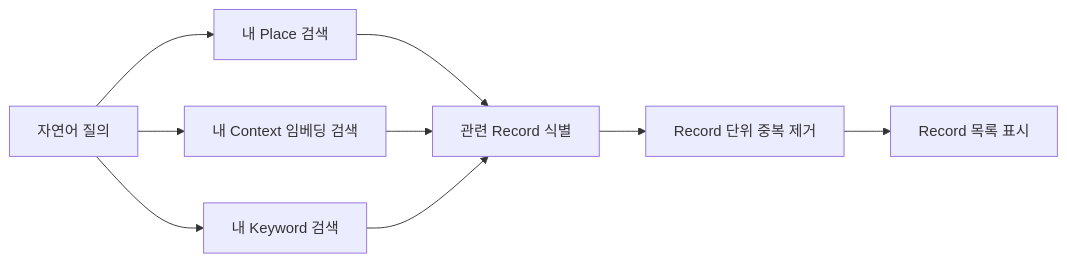
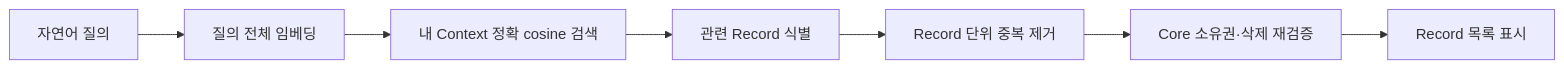
The third of 8 diagrams in static/09_유저플로우.md (Team-PinLog/docs), drawn with Mermaid before and after one commit. The commit also changed other lines of this file and 4 other files, not shown here.

First line of the commit message:
docs: draft 데이터·API·플로우 문서를 AI 설계 계약과 동기화

````diff
--- a/static/09_유저플로우.md
+++ b/static/09_유저플로우.md
@@ -34,11 +35,9 @@
 ```mermaid
 flowchart LR
-    A[자연어 질의] --> B[내 Place 검색]
-    A --> C[내 Context 임베딩 검색]
-    A --> D[내 Keyword 검색]
-    B --> E[관련 Record 식별]
-    C --> E
-    D --> E
-    E --> F[Record 단위 중복 제거]
+    A[자연어 질의] --> B[질의 전체 임베딩]
+    B --> C[내 Context 정확 cosine 검색]
+    C --> D[관련 Record 식별]
+    D --> E[Record 단위 중복 제거]
+    E --> F[Core 소유권·삭제 재검증]
     F --> G[Record 목록 표시]
 ```
````
